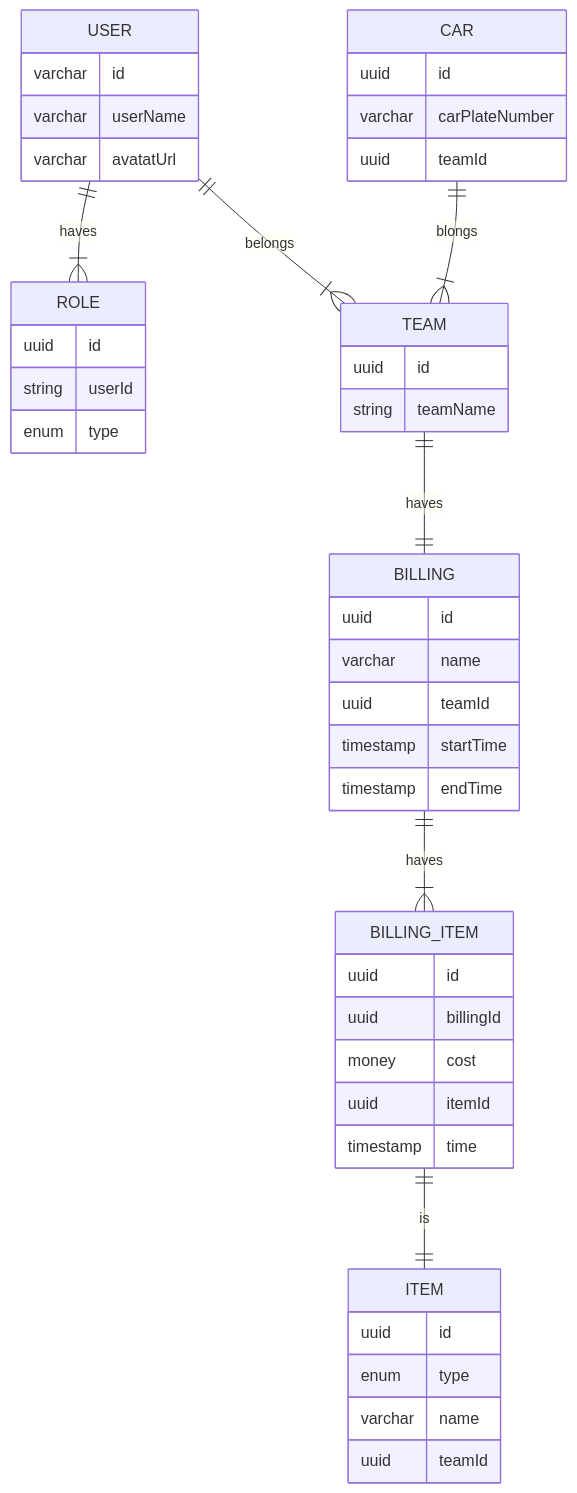
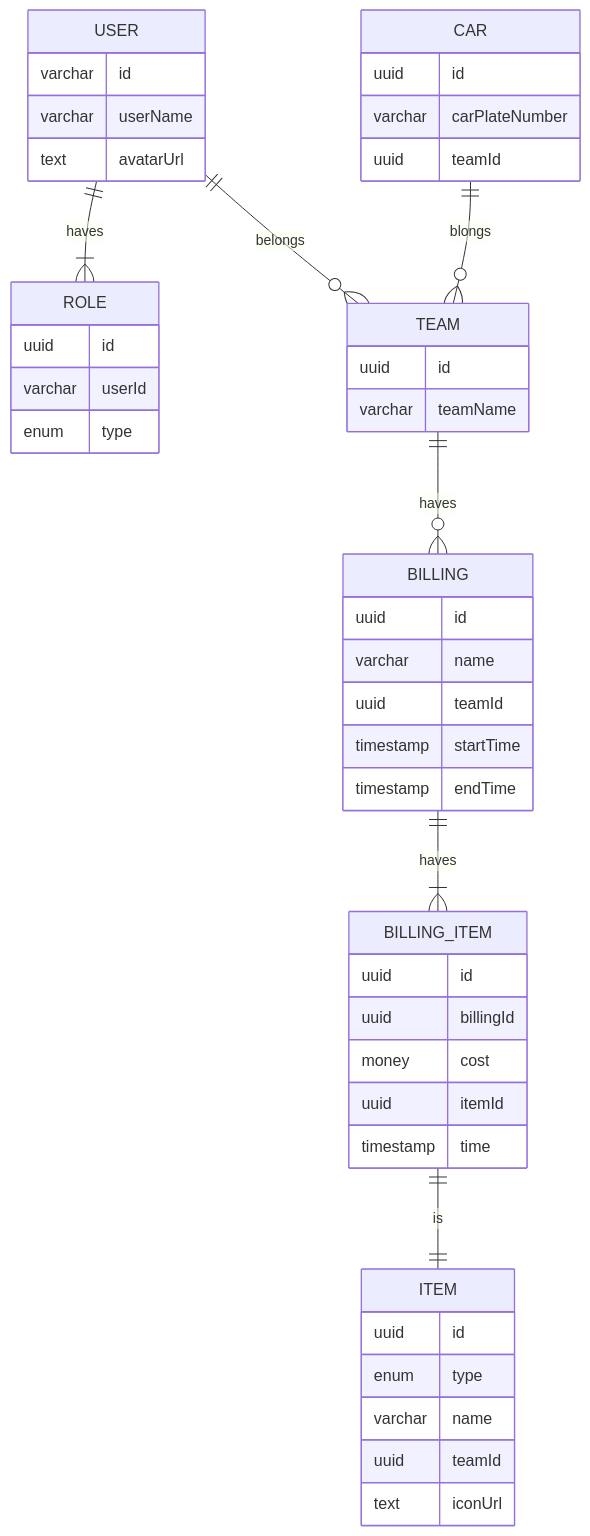
The diagram in docs/设计文档.md (fjhdream/truck-billing), drawn with Mermaid before and after one commit. The commit also changed 1 other file, not shown here.

Commit message:
add db sql

````diff
--- a/docs/设计文档.md
+++ b/docs/设计文档.md
@@ -27,48 +27,49 @@
 ``` mermaid
 erDiagram
     USER ||--|{ ROLE : haves
     USER {
         varchar id
         varchar userName
-        varchar avatatUrl
+        text avatarUrl
     }
     ROLE {
         uuid id
-        string userId
+        varchar userId
         enum type
     }
-    USER ||--|{ TEAM : belongs
+    USER ||--o{ TEAM : belongs
     TEAM {
         uuid id
-        string teamName
+        varchar teamName
     }
-    CAR ||--|{ TEAM: blongs
+    CAR ||--o{ TEAM: blongs
     CAR {
         uuid id
         varchar carPlateNumber
         uuid teamId
     }
-    TEAM ||--|| BILLING : haves
+    TEAM ||--o{ BILLING : haves
     BILLING{
         uuid id
         varchar name
         uuid teamId
         timestamp startTime
         timestamp endTime
     }
     BILLING ||--|{ BILLING_ITEM : haves
     BILLING_ITEM {
         uuid id
         uuid billingId
         money cost
         uuid itemId
         timestamp time
     }
     BILLING_ITEM ||--|| ITEM : is
     ITEM {
         uuid id
         enum type
         varchar name
         uuid teamId
+        text iconUrl
     }
 ```
````
